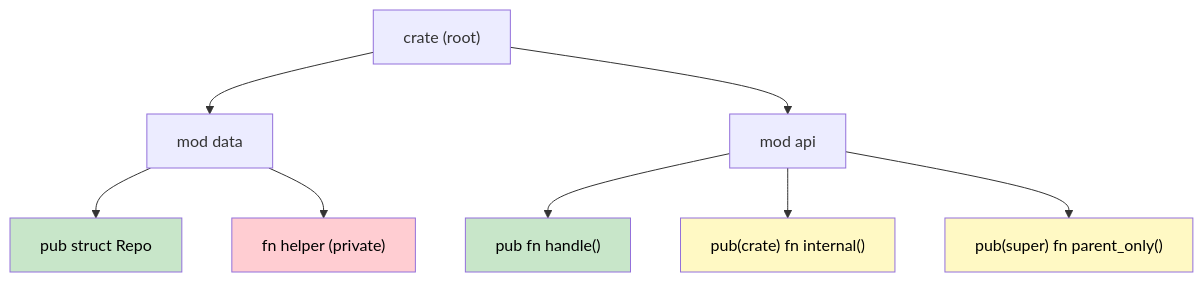
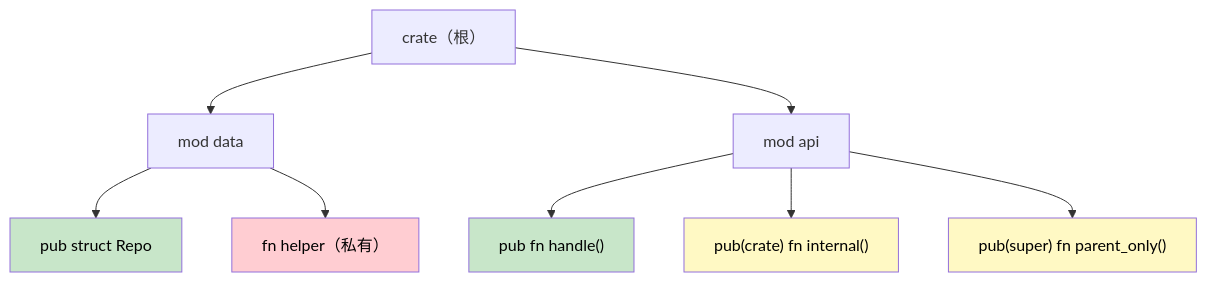
One commit to xiaofengoop/rust-for-csharp-programmers-zh-cn changed the diagram in zh-cn/csharp-book/src/ch08-crates-and-modules.md. Above: the diagram before and after it, drawn with Mermaid. The commit also changed other lines of this file and 38 other files, not shown here.

````diff
--- a/zh-cn/csharp-book/src/ch08-crates-and-modules.md
+++ b/zh-cn/csharp-book/src/ch08-crates-and-modules.md
@@ -95,16 +100,16 @@
 ```mermaid
 graph TD
-    Crate["crate (root)"] --> ModA["mod data"]
+    Crate["crate（根）"] --> ModA["mod data"]
     Crate --> ModB["mod api"]
     ModA --> SubA1["pub struct Repo"]
-    ModA --> SubA2["fn helper  (private)"]
+    ModA --> SubA2["fn helper（私有）"]
     ModB --> SubB1["pub fn handle()"]
     ModB --> SubB2["pub(crate) fn internal()"]
     ModB --> SubB3["pub(super) fn parent_only()"]
 
     style SubA1 fill:#c8e6c9,color:#000
     style SubA2 fill:#ffcdd2,color:#000
     style SubB1 fill:#c8e6c9,color:#000
     style SubB2 fill:#fff9c4,color:#000
     style SubB3 fill:#fff9c4,color:#000
 ```
````
